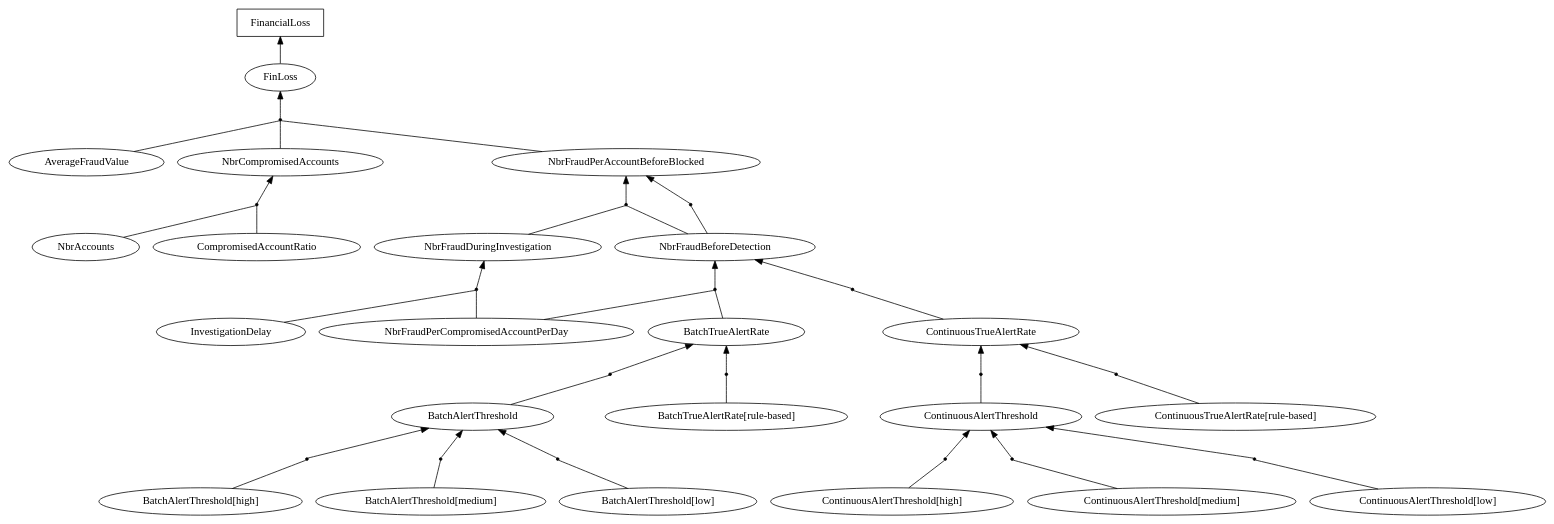
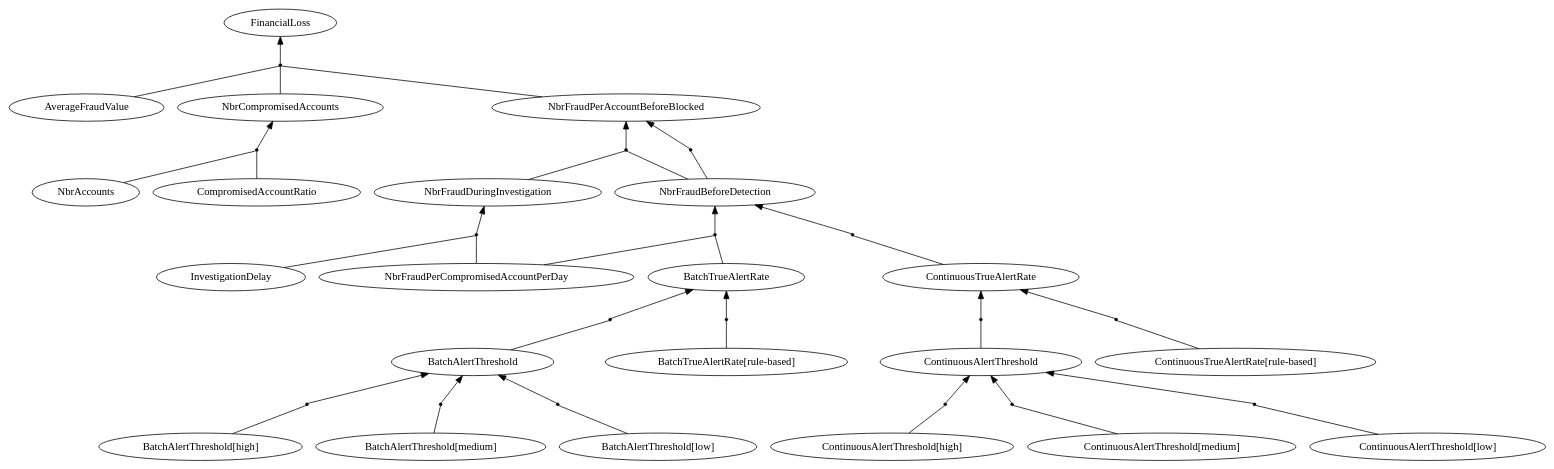
One commit to sbusari/RADAR2 changed the diagram in uk.ac.ucl.cs.results/PCFDM/graph/vgraph.dot. Above: the diagram before and after it, drawn with Graphviz. The commit also changed 24 other files, not shown here.

```diff
--- a/uk.ac.ucl.cs.results/PCFDM/graph/vgraph.dot
+++ b/uk.ac.ucl.cs.results/PCFDM/graph/vgraph.dot
@@ -1,78 +1,76 @@
 digraph G { 
 rankdir = BT 
 "AverageFraudValue" [shape = oval] 
 "NbrAccounts" [shape = oval] 
 "CompromisedAccountRatio" [shape = oval] 
 "NbrCompromisedAccounts" [shape = oval] 
 AndRef0[shape = point] 
 AndRef0->"NbrCompromisedAccounts"
 "NbrAccounts"->AndRef0 [dir = none] 
 "CompromisedAccountRatio"->AndRef0 [dir = none] 
 AndRef1[shape = point] 
 AndRef1->"ContinuousAlertThreshold"
 "ContinuousAlertThreshold[high]"->AndRef1 [dir = none] 
 AndRef2[shape = point] 
 AndRef2->"ContinuousAlertThreshold"
 "ContinuousAlertThreshold[medium]"->AndRef2 [dir = none] 
 AndRef3[shape = point] 
 AndRef3->"ContinuousAlertThreshold"
 "ContinuousAlertThreshold[low]"->AndRef3 [dir = none] 
 "ContinuousAlertThreshold" [shape = oval] 
 AndRef4[shape = point] 
 AndRef4->"ContinuousTrueAlertRate"
 "ContinuousAlertThreshold"->AndRef4 [dir = none] 
 AndRef5[shape = point] 
 AndRef5->"ContinuousTrueAlertRate"
 "ContinuousTrueAlertRate[rule-based]"->AndRef5 [dir = none] 
 "ContinuousTrueAlertRate" [shape = oval] 
 AndRef6[shape = point] 
 AndRef6->"NbrFraudBeforeDetection"
 "ContinuousTrueAlertRate"->AndRef6 [dir = none] 
 "NbrFraudPerCompromisedAccountPerDay" [shape = oval] 
 AndRef7[shape = point] 
 AndRef7->"BatchAlertThreshold"
 "BatchAlertThreshold[high]"->AndRef7 [dir = none] 
 AndRef8[shape = point] 
 AndRef8->"BatchAlertThreshold"
 "BatchAlertThreshold[medium]"->AndRef8 [dir = none] 
 AndRef9[shape = point] 
 AndRef9->"BatchAlertThreshold"
 "BatchAlertThreshold[low]"->AndRef9 [dir = none] 
 "BatchAlertThreshold" [shape = oval] 
 AndRef10[shape = point] 
 AndRef10->"BatchTrueAlertRate"
 "BatchAlertThreshold"->AndRef10 [dir = none] 
 AndRef11[shape = point] 
 AndRef11->"BatchTrueAlertRate"
 "BatchTrueAlertRate[rule-based]"->AndRef11 [dir = none] 
 "BatchTrueAlertRate" [shape = oval] 
 AndRef12[shape = point] 
 AndRef12->"NbrFraudBeforeDetection"
 "NbrFraudPerCompromisedAccountPerDay"->AndRef12 [dir = none] 
 "BatchTrueAlertRate"->AndRef12 [dir = none] 
 "NbrFraudBeforeDetection" [shape = oval] 
 AndRef13[shape = point] 
 AndRef13->"NbrFraudPerAccountBeforeBlocked"
 "NbrFraudBeforeDetection"->AndRef13 [dir = none] 
 "NbrFraudBeforeDetection" [shape = oval] 
 "NbrFraudPerCompromisedAccountPerDay" [shape = oval] 
 "InvestigationDelay" [shape = oval] 
 "NbrFraudDuringInvestigation" [shape = oval] 
 AndRef14[shape = point] 
 AndRef14->"NbrFraudDuringInvestigation"
 "NbrFraudPerCompromisedAccountPerDay"->AndRef14 [dir = none] 
 "InvestigationDelay"->AndRef14 [dir = none] 
 AndRef15[shape = point] 
 AndRef15->"NbrFraudPerAccountBeforeBlocked"
 "NbrFraudBeforeDetection"->AndRef15 [dir = none] 
 "NbrFraudDuringInvestigation"->AndRef15 [dir = none] 
 "NbrFraudPerAccountBeforeBlocked" [shape = oval] 
-"FinLoss" [shape = oval] 
+"FinancialLoss" [shape = oval] 
 AndRef16[shape = point] 
-AndRef16->"FinLoss"
+AndRef16->"FinancialLoss"
 "AverageFraudValue"->AndRef16 [dir = none] 
 "NbrCompromisedAccounts"->AndRef16 [dir = none] 
 "NbrFraudPerAccountBeforeBlocked"->AndRef16 [dir = none] 
-FinancialLoss [shape = box] 
-FinLoss->"FinancialLoss"
 }
```
